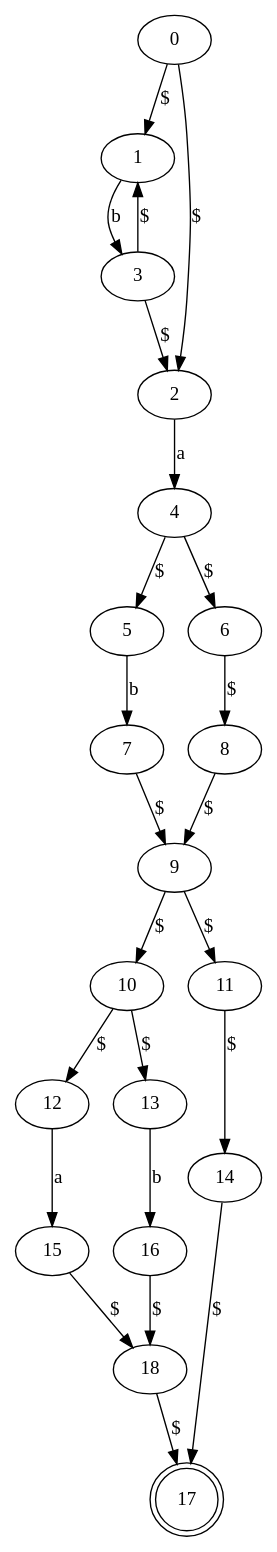
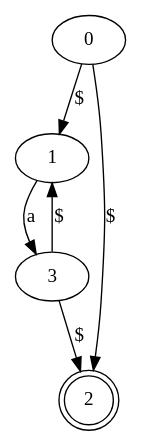
The diagram in OT1/NFA0.dot (easymoneysnipertang/Compiler), drawn with Graphviz before and after one commit. The commit also changed 5 other files, not shown here.

```diff
--- a/OT1/NFA0.dot
+++ b/OT1/NFA0.dot
@@ -1,26 +1,8 @@
 digraph G {
 	0 -> 1 [label="$"];
 	0 -> 2 [label="$"];
-	1 -> 3 [label="b"];
-	2 -> 4 [label="a"];
+	1 -> 3 [label="a"];
 	3 -> 2 [label="$"];
 	3 -> 1 [label="$"];
-	4 -> 5 [label="$"];
-	4 -> 6 [label="$"];
-	5 -> 7 [label="b"];
-	6 -> 8 [label="$"];
-	7 -> 9 [label="$"];
-	8 -> 9 [label="$"];
-	9 -> 10 [label="$"];
-	9 -> 11 [label="$"];
-	10 -> 12 [label="$"];
-	10 -> 13 [label="$"];
-	11 -> 14 [label="$"];
-	12 -> 15 [label="a"];
-	13 -> 16 [label="b"];
-	14 -> 17 [label="$"];
-	15 -> 18 [label="$"];
-	16 -> 18 [label="$"];
-	18 -> 17 [label="$"];
-	17 [shape=doublecircle];
+	2 [shape=doublecircle];
 }
```
